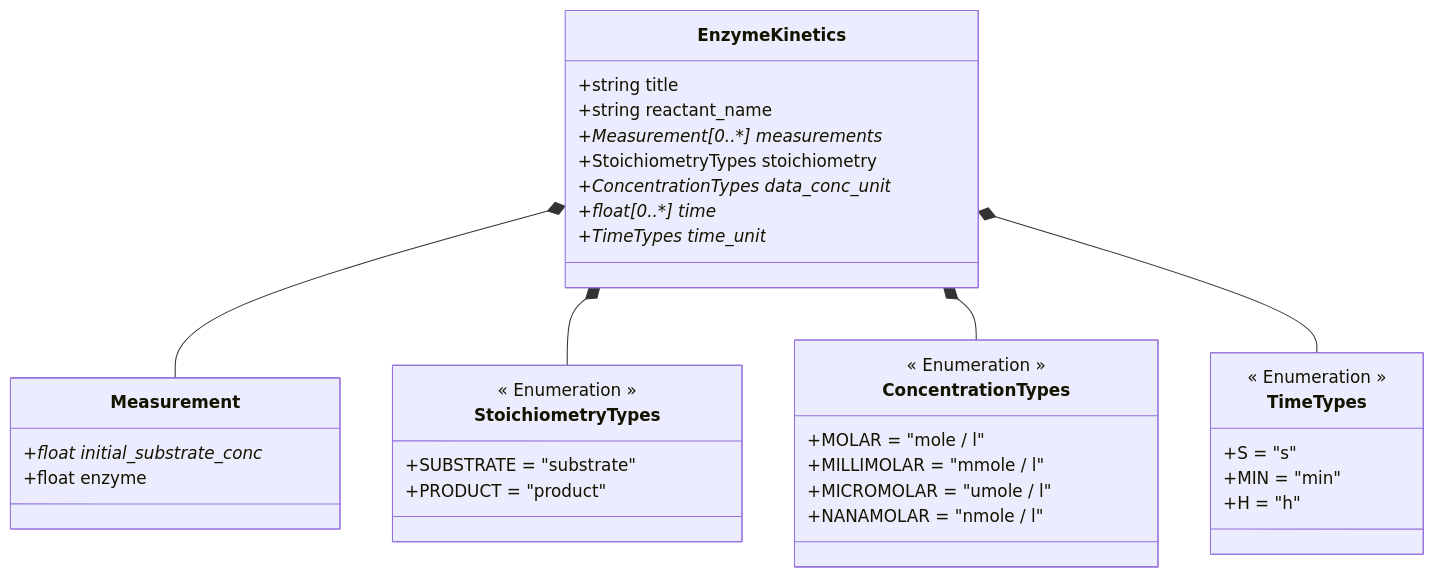
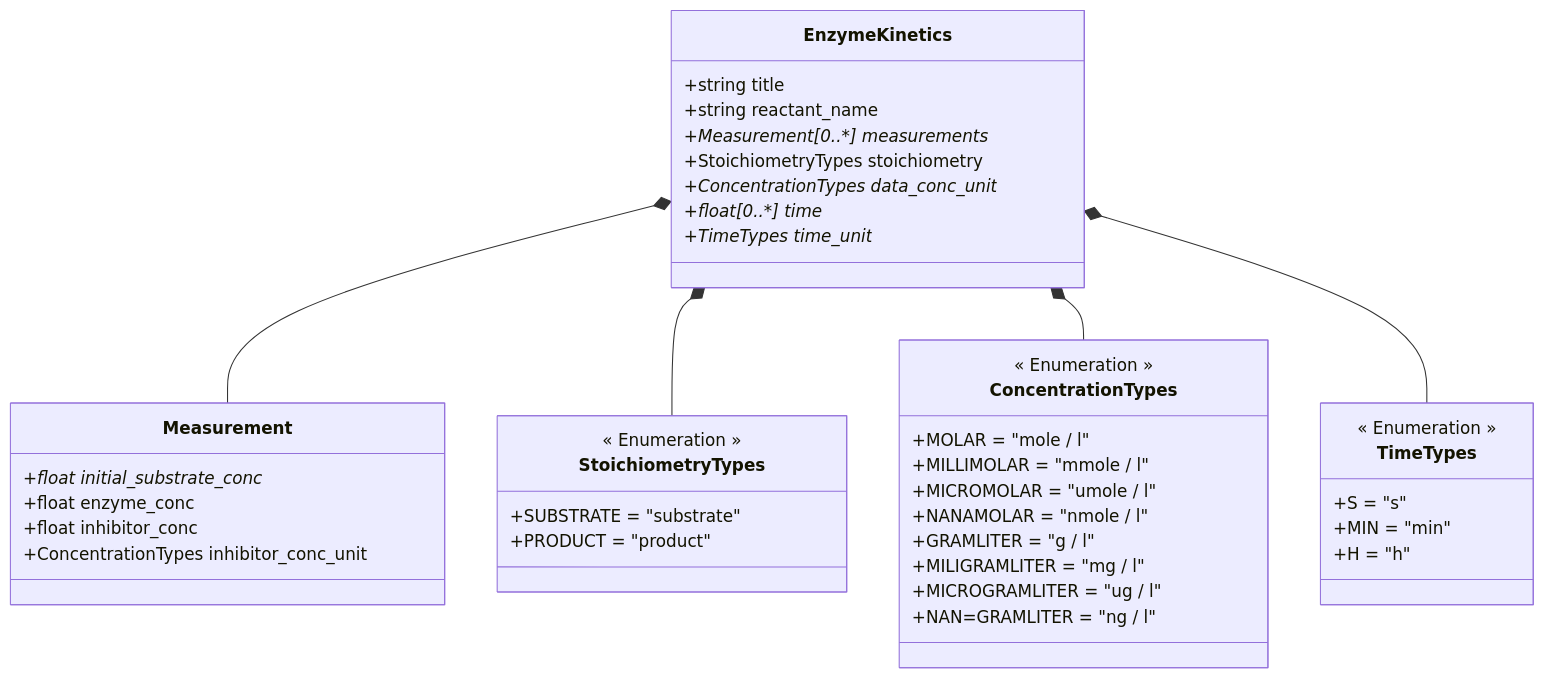
One commit to FAIRChemistry/EnzymePynetics changed the diagram in EnzymeKinetics/schemes/EnzymeKineticsDatamodel.md. Above: the diagram before and after it, drawn with Mermaid. The commit also changed 3 other files, not shown here.

````diff
--- a/EnzymeKinetics/schemes/EnzymeKineticsDatamodel.md
+++ b/EnzymeKinetics/schemes/EnzymeKineticsDatamodel.md
@@ -1,44 +1,50 @@
 ```mermaid
 classDiagram
     EnzymeKinetics *-- Measurement
     EnzymeKinetics *-- StoichiometryTypes
     EnzymeKinetics *-- ConcentrationTypes
     EnzymeKinetics *-- TimeTypes
     
     class EnzymeKinetics {
         +string title
         +string reactant_name
         +Measurement[0..*] measurements*
         +StoichiometryTypes stoichiometry
         +ConcentrationTypes data_conc_unit*
         +float[0..*] time*
         +TimeTypes time_unit*
     }
     
     class Measurement {
         +float initial_substrate_conc*
-        +float enzyme
+        +float enzyme_conc
+        +float inhibitor_conc
+        +ConcentrationTypes inhibitor_conc_unit
     }
     
     class StoichiometryTypes {
         << Enumeration >>
         +SUBSTRATE = "substrate"
         +PRODUCT = "product"
     }
     
     class ConcentrationTypes {
         << Enumeration >>
         +MOLAR = "mole / l"
         +MILLIMOLAR = "mmole / l"
         +MICROMOLAR = "umole / l"
         +NANAMOLAR = "nmole / l"
+        +GRAMLITER = "g / l"
+        +MILIGRAMLITER = "mg / l"
+        +MICROGRAMLITER = "ug / l"
+        +NAN=GRAMLITER = "ng / l"
     }
     
     class TimeTypes {
         << Enumeration >>
         +S = "s"
         +MIN = "min"
         +H = "h"
     }
     
 ```
````
